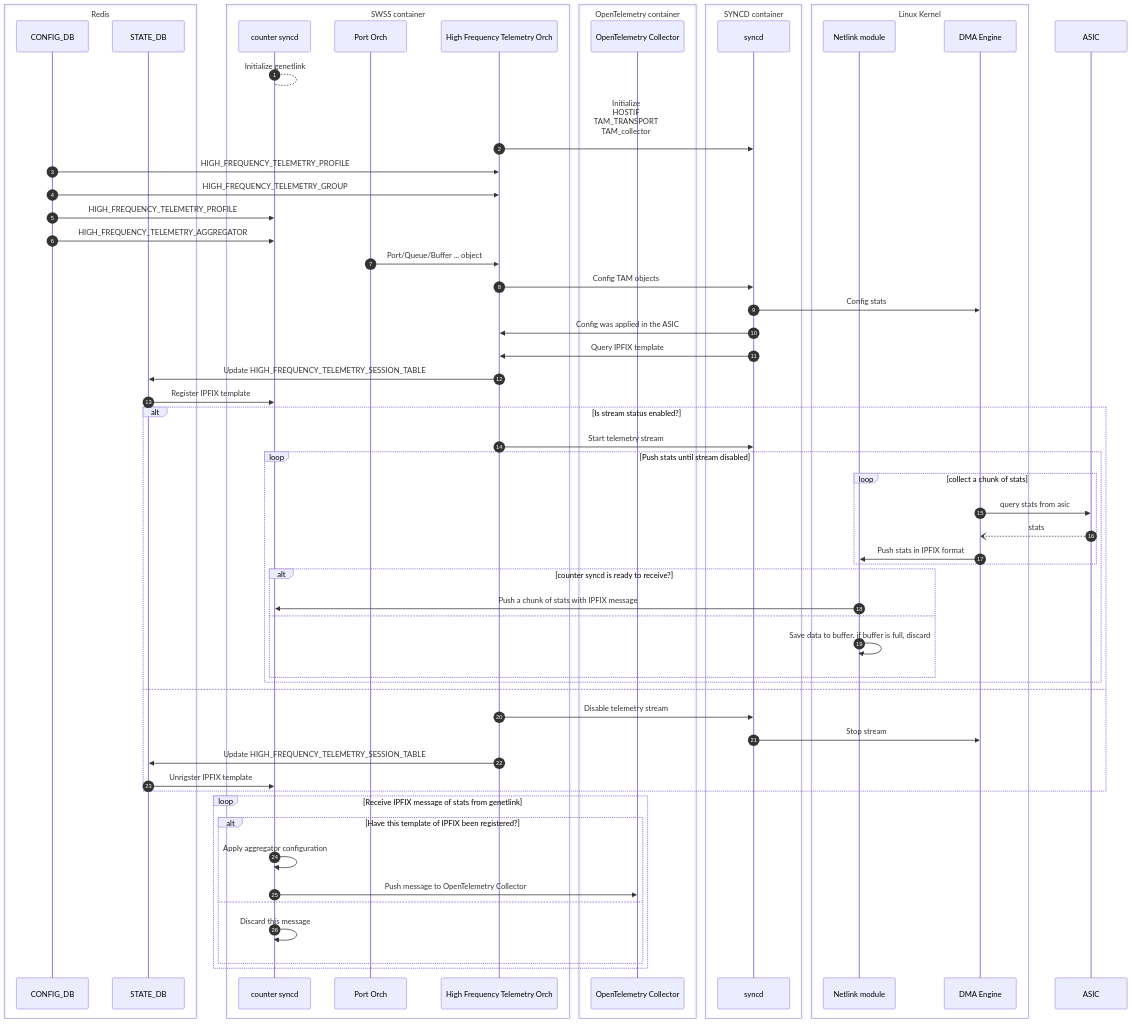
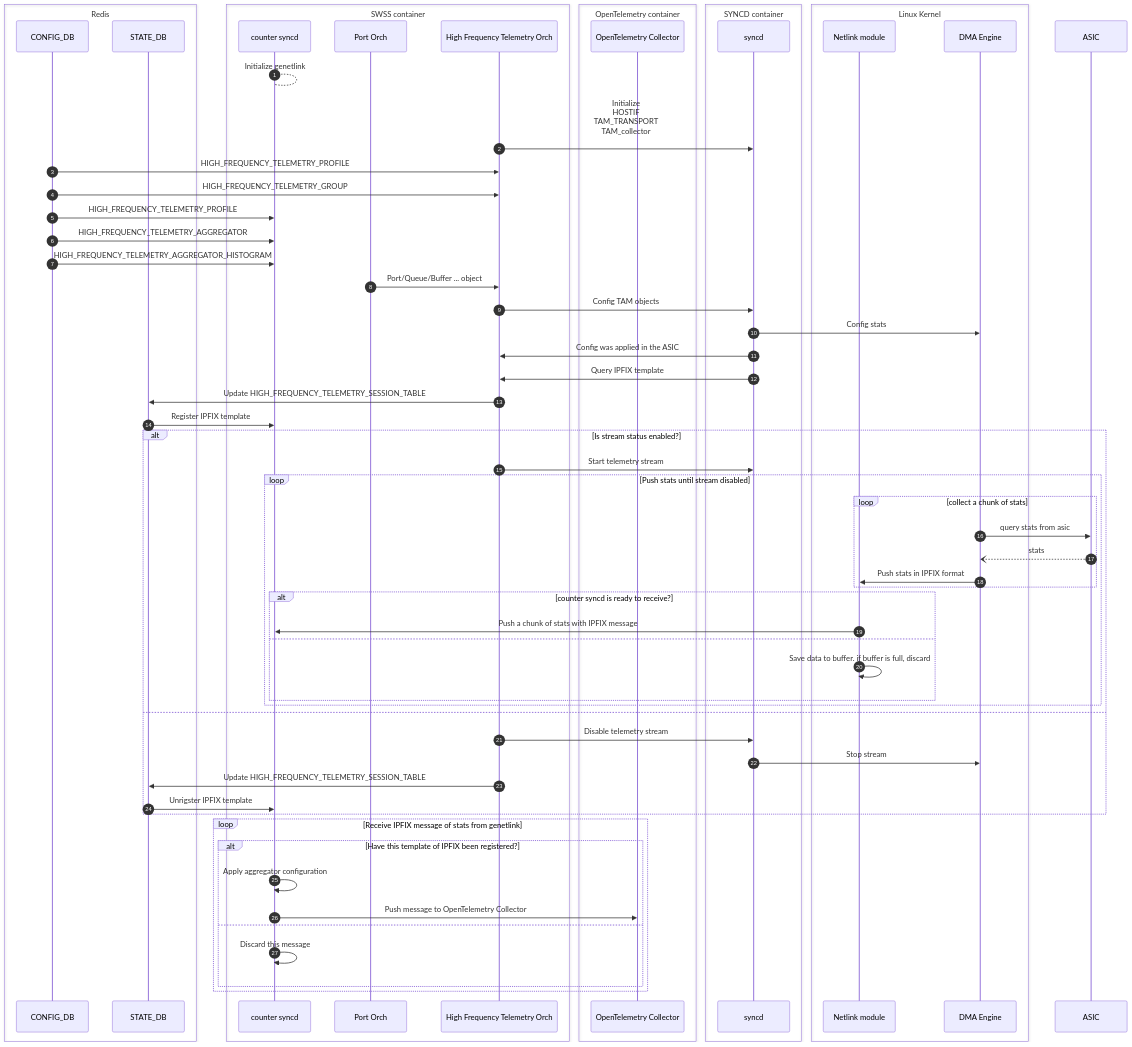
Before and after one commit to sonic-net/SONiC: the tenth of 10 diagrams in doc/high-frequency-telemetry/high-frequency-telemetry-hld.md, drawn with Mermaid. The commit also changed other lines of this file and 2 other files, not shown here.

Commit message:
[doc]: Define per-counter heatmap layouts

````diff
--- a/doc/high-frequency-telemetry/high-frequency-telemetry-hld.md
+++ b/doc/high-frequency-telemetry/high-frequency-telemetry-hld.md
@@ -651,74 +704,75 @@
 ``` mermaid
 
 sequenceDiagram
     autonumber
     box Redis
         participant config_db as CONFIG_DB
         participant state_db as STATE_DB
     end
     box SWSS container
         participant counter as counter syncd
         participant port_orch as Port Orch
         participant hft_orch as High Frequency Telemetry Orch
     end
     box OpenTelemetry container
         participant otel as OpenTelemetry Collector
     end
     box SYNCD container
         participant syncd
     end
     box Linux Kernel
         participant netlink_module as Netlink module
         participant dma_engine as DMA Engine
     end
     participant asic as ASIC
 
     counter --> counter: Initialize genetlink
     hft_orch ->> syncd: Initialize <br/>HOSTIF<br/>TAM_TRANSPORT<br/>TAM_collector<br/>
 
     config_db ->> hft_orch: HIGH_FREQUENCY_TELEMETRY_PROFILE
     config_db ->> hft_orch: HIGH_FREQUENCY_TELEMETRY_GROUP
     config_db ->> counter: HIGH_FREQUENCY_TELEMETRY_PROFILE
     config_db ->> counter: HIGH_FREQUENCY_TELEMETRY_AGGREGATOR
+    config_db ->> counter: HIGH_FREQUENCY_TELEMETRY_AGGREGATOR_HISTOGRAM
     port_orch ->> hft_orch: Port/Queue/Buffer ... object
 
     hft_orch ->> syncd: Config TAM objects
 
     syncd ->> dma_engine: Config stats
     syncd ->> hft_orch: Config was applied in the ASIC
     syncd ->> hft_orch: Query IPFIX template
     hft_orch ->> state_db: Update HIGH_FREQUENCY_TELEMETRY_SESSION_TABLE
     state_db ->> counter: Register IPFIX template
 
     alt Is stream status enabled?
 
         hft_orch ->> syncd: Start telemetry stream
 
         loop Push stats until stream disabled
             loop collect a chunk of stats
                 dma_engine ->> asic: query stats from asic
                 asic --) dma_engine: stats
                 dma_engine ->> netlink_module: Push stats in IPFIX format
             end
             alt counter syncd is ready to receive?
                 netlink_module ->> counter: Push a chunk of stats with IPFIX message
             else
                 netlink_module ->> netlink_module: Save data to buffer. if buffer is full, discard
             end
         end
     else
         hft_orch ->> syncd: Disable telemetry stream
         syncd ->> dma_engine: Stop stream
         hft_orch ->> state_db: Update HIGH_FREQUENCY_TELEMETRY_SESSION_TABLE
         state_db ->> counter: Unrigster IPFIX template
     end
     loop Receive IPFIX message of stats from genetlink
         alt Have this template of IPFIX been registered?
             counter ->> counter: Apply aggregator configuration
             counter ->> otel: Push message to OpenTelemetry Collector
         else
             counter ->> counter: Discard this message
         end
     end
 
 ```
````
